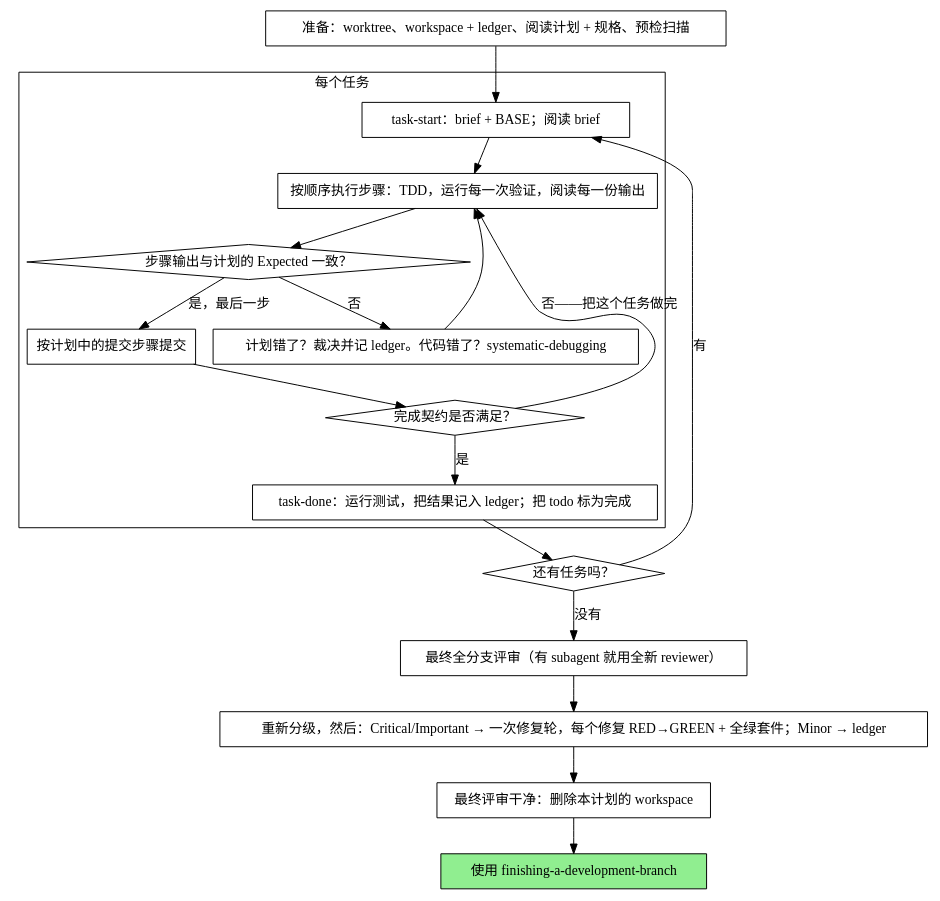
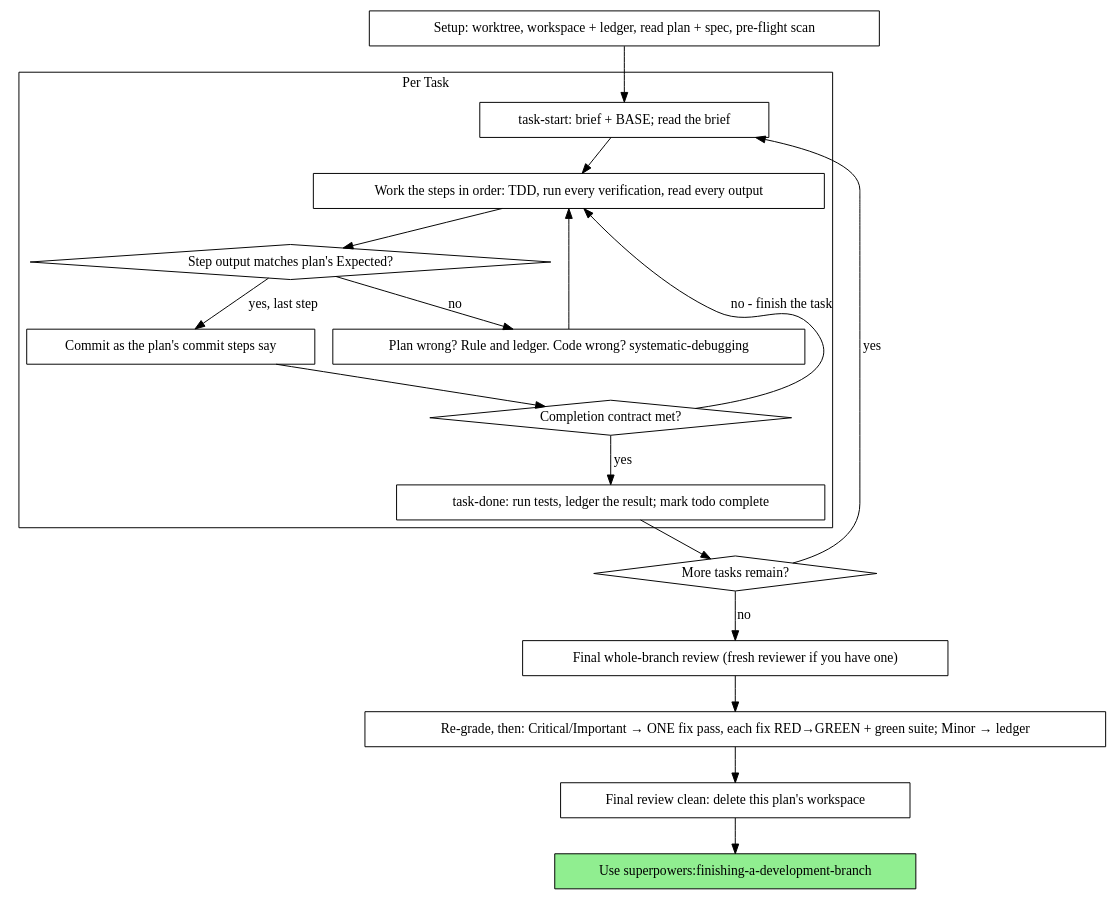
The diagram in skills/executing-plans/SKILL.md (Wenaixi/dsh-superpower), drawn with Graphviz before and after one commit. The commit also changed other lines of this file and 103 other files, not shown here.

````diff
--- a/skills/executing-plans/SKILL.md
+++ b/skills/executing-plans/SKILL.md
@@ -34,39 +70,39 @@
 ```dot
 digraph process {
     rankdir=TB;
 
     subgraph cluster_per_task {
-        label="每个任务";
-        "task-start：brief + BASE；阅读 brief" [shape=box];
-        "按顺序执行步骤：TDD，运行每一次验证，阅读每一份输出" [shape=box];
-        "步骤输出与计划的 Expected 一致？" [shape=diamond];
-        "计划错了？裁决并记 ledger。代码错了？systematic-debugging" [shape=box];
-        "按计划中的提交步骤提交" [shape=box];
-        "完成契约是否满足？" [shape=diamond];
-        "task-done：运行测试，把结果记入 ledger；把 todo 标为完成" [shape=box];
+        label="Per Task";
+        "task-start: brief + BASE; read the brief" [shape=box];
+        "Work the steps in order: TDD, run every verification, read every output" [shape=box];
+        "Step output matches plan's Expected?" [shape=diamond];
+        "Plan wrong? Rule and ledger. Code wrong? systematic-debugging" [shape=box];
+        "Commit as the plan's commit steps say" [shape=box];
+        "Completion contract met?" [shape=diamond];
+        "task-done: run tests, ledger the result; mark todo complete" [shape=box];
     }
 
-    "准备：worktree、workspace + ledger、阅读计划 + 规格、预检扫描" [shape=box];
-    "还有任务吗？" [shape=diamond];
-    "最终全分支评审（有 subagent 就用全新 reviewer）" [shape=box];
-    "重新分级，然后：Critical/Important → 一次修复轮，每个修复 RED→GREEN + 全绿套件；Minor → ledger" [shape=box];
-    "最终评审干净：删除本计划的 workspace" [shape=box];
-    "使用 finishing-a-development-branch" [shape=box style=filled fillcolor=lightgreen];
+    "Setup: worktree, workspace + ledger, read plan + spec, pre-flight scan" [shape=box];
+    "More tasks remain?" [shape=diamond];
+    "Final whole-branch review (fresh reviewer if you have one)" [shape=box];
+    "Re-grade, then: Critical/Important → ONE fix pass, each fix RED→GREEN + green suite; Minor → ledger" [shape=box];
+    "Final review clean: delete this plan's workspace" [shape=box];
+    "Use superpowers:finishing-a-development-branch" [shape=box style=filled fillcolor=lightgreen];
 
-    "准备：worktree、workspace + ledger、阅读计划 + 规格、预检扫描" -> "task-start：brief + BASE；阅读 brief";
-    "task-start：brief + BASE；阅读 brief" -> "按顺序执行步骤：TDD，运行每一次验证，阅读每一份输出";
-    "按顺序执行步骤：TDD，运行每一次验证，阅读每一份输出" -> "步骤输出与计划的 Expected 一致？";
-    "步骤输出与计划的 Expected 一致？" -> "计划错了？裁决并记 ledger。代码错了？systematic-debugging" [label="否"];
-    "计划错了？裁决并记 ledger。代码错了？systematic-debugging" -> "按顺序执行步骤：TDD，运行每一次验证，阅读每一份输出";
-    "步骤输出与计划的 Expected 一致？" -> "按计划中的提交步骤提交" [label="是，最后一步"];
-    "按计划中的提交步骤提交" -> "完成契约是否满足？";
-    "完成契约是否满足？" -> "按顺序执行步骤：TDD，运行每一次验证，阅读每一份输出" [label="否——把这个任务做完"];
-    "完成契约是否满足？" -> "task-done：运行测试，把结果记入 ledger；把 todo 标为完成" [label="是"];
-    "task-done：运行测试，把结果记入 ledger；把 todo 标为完成" -> "还有任务吗？";
-    "还有任务吗？" -> "task-start：brief + BASE；阅读 brief" [label="有"];
-    "还有任务吗？" -> "最终全分支评审（有 subagent 就用全新 reviewer）" [label="没有"];
-    "最终全分支评审（有 subagent 就用全新 reviewer）" -> "重新分级，然后：Critical/Important → 一次修复轮，每个修复 RED→GREEN + 全绿套件；Minor → ledger";
-    "重新分级，然后：Critical/Important → 一次修复轮，每个修复 RED→GREEN + 全绿套件；Minor → ledger" -> "最终评审干净：删除本计划的 workspace";
-    "最终评审干净：删除本计划的 workspace" -> "使用 finishing-a-development-branch";
+    "Setup: worktree, workspace + ledger, read plan + spec, pre-flight scan" -> "task-start: brief + BASE; read the brief";
+    "task-start: brief + BASE; read the brief" -> "Work the steps in order: TDD, run every verification, read every output";
+    "Work the steps in order: TDD, run every verification, read every output" -> "Step output matches plan's Expected?";
+    "Step output matches plan's Expected?" -> "Plan wrong? Rule and ledger. Code wrong? systematic-debugging" [label="no"];
+    "Plan wrong? Rule and ledger. Code wrong? systematic-debugging" -> "Work the steps in order: TDD, run every verification, read every output";
+    "Step output matches plan's Expected?" -> "Commit as the plan's commit steps say" [label="yes, last step"];
+    "Commit as the plan's commit steps say" -> "Completion contract met?";
+    "Completion contract met?" -> "Work the steps in order: TDD, run every verification, read every output" [label="no - finish the task"];
+    "Completion contract met?" -> "task-done: run tests, ledger the result; mark todo complete" [label="yes"];
+    "task-done: run tests, ledger the result; mark todo complete" -> "More tasks remain?";
+    "More tasks remain?" -> "task-start: brief + BASE; read the brief" [label="yes"];
+    "More tasks remain?" -> "Final whole-branch review (fresh reviewer if you have one)" [label="no"];
+    "Final whole-branch review (fresh reviewer if you have one)" -> "Re-grade, then: Critical/Important → ONE fix pass, each fix RED→GREEN + green suite; Minor → ledger";
+    "Re-grade, then: Critical/Important → ONE fix pass, each fix RED→GREEN + green suite; Minor → ledger" -> "Final review clean: delete this plan's workspace";
+    "Final review clean: delete this plan's workspace" -> "Use superpowers:finishing-a-development-branch";
 }
 ```
````
